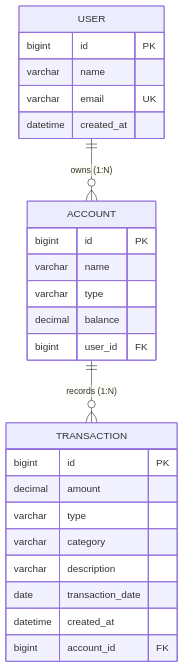
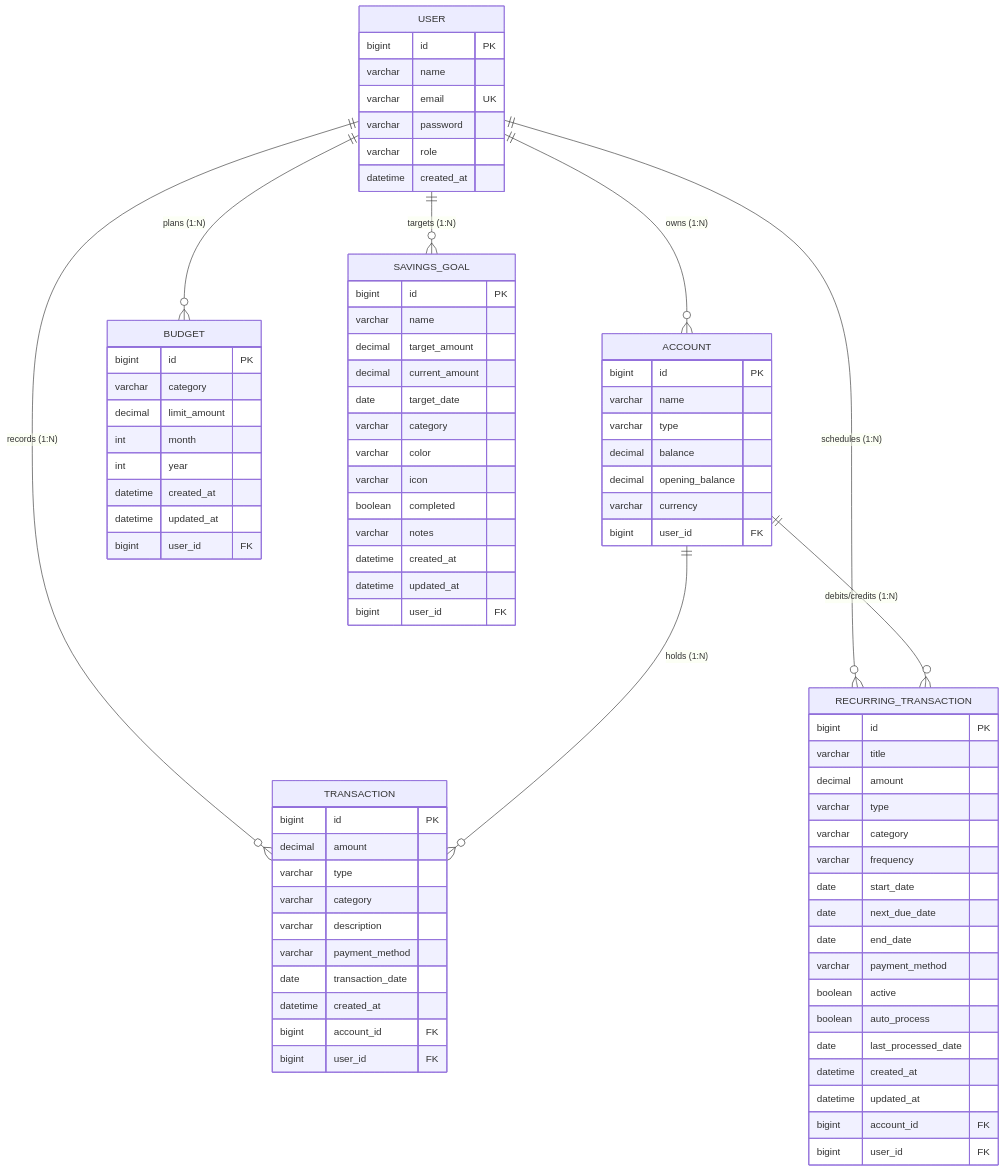
The first of 2 diagrams in Readme.MD (TejasKarambe/finance), drawn with Mermaid before and after one commit. The commit also changed other lines of this file, not shown here.

````diff
--- a/Readme.MD
+++ b/Readme.MD
@@ -71,12 +145,19 @@
 ```mermaid
 erDiagram
     USER ||--o{ ACCOUNT : "owns (1:N)"
-    ACCOUNT ||--o{ TRANSACTION : "records (1:N)"
+    USER ||--o{ TRANSACTION : "records (1:N)"
+    USER ||--o{ BUDGET : "plans (1:N)"
+    USER ||--o{ RECURRING_TRANSACTION : "schedules (1:N)"
+    USER ||--o{ SAVINGS_GOAL : "targets (1:N)"
+    ACCOUNT ||--o{ TRANSACTION : "holds (1:N)"
+    ACCOUNT ||--o{ RECURRING_TRANSACTION : "debits/credits (1:N)"
 
     USER {
         bigint id PK
         varchar name
         varchar email UK
+        varchar password
+        varchar role
         datetime created_at
     }
 
@@ -85,6 +166,8 @@
         varchar name
         varchar type
         decimal balance
+        decimal opening_balance
+        varchar currency
         bigint user_id FK
     }
 
@@ -94,8 +177,57 @@
         varchar type
         varchar category
         varchar description
+        varchar payment_method
         date transaction_date
         datetime created_at
         bigint account_id FK
+        bigint user_id FK
+    }
+
+    BUDGET {
+        bigint id PK
+        varchar category
+        decimal limit_amount
+        int month
+        int year
+        datetime created_at
+        datetime updated_at
+        bigint user_id FK
+    }
+
+    RECURRING_TRANSACTION {
+        bigint id PK
+        varchar title
+        decimal amount
+        varchar type
+        varchar category
+        varchar frequency
+        date start_date
+        date next_due_date
+        date end_date
+        varchar payment_method
+        boolean active
+        boolean auto_process
+        date last_processed_date
+        datetime created_at
+        datetime updated_at
+        bigint account_id FK
+        bigint user_id FK
+    }
+
+    SAVINGS_GOAL {
+        bigint id PK
+        varchar name
+        decimal target_amount
+        decimal current_amount
+        date target_date
+        varchar category
+        varchar color
+        varchar icon
+        boolean completed
+        varchar notes
+        datetime created_at
+        datetime updated_at
+        bigint user_id FK
     }
 ```
````
